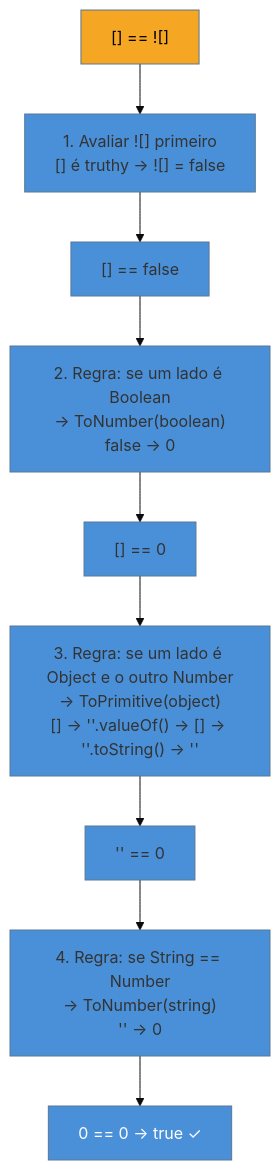
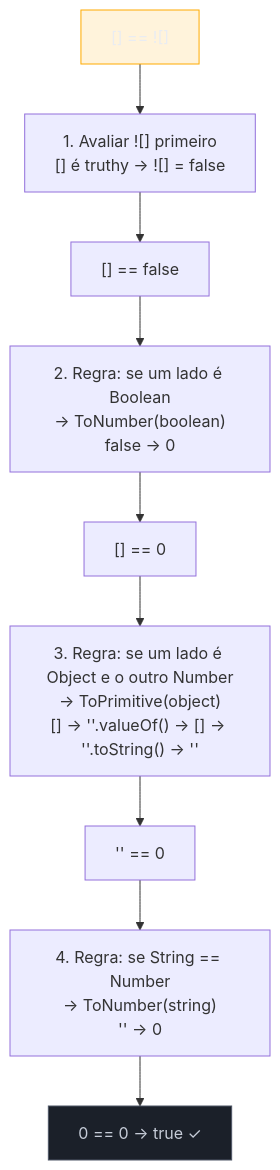
Before and after one commit to josenaldo/codex-technomanticus: the third of 5 diagrams in 03-Dominios/Tecnologia/JavaScript/25 - Armadilhas e quirks.md, drawn with Mermaid. The commit also changed other lines of this file and 1181 other files, not shown here.

First line of the commit message:
fix(diagramas): paleta do sistema no lugar de cor cravada no markdown

````diff
--- a/03-Dominios/Tecnologia/JavaScript/25 - Armadilhas e quirks.md
+++ b/03-Dominios/Tecnologia/JavaScript/25 - Armadilhas e quirks.md
@@ -248,14 +250,15 @@
 ```mermaid
-%%{init: {"theme": "base", "themeVariables": {"primaryColor": "#4A90D9"}}}%%
 flowchart TD
+    classDef destaque fill:#FFAA0024,stroke:#FFAA00,color:#E9ECF2
+    classDef neutro fill:#1B2029,stroke:#4E5666,color:#C6CCD8
     A["[] == ![]"] --> B["1. Avaliar ![] primeiro\n[] é truthy → ![] = false"]
     B --> C["[] == false"]
     C --> D["2. Regra: se um lado é Boolean\n→ ToNumber(boolean)\nfalse → 0"]
     D --> E["[] == 0"]
     E --> F["3. Regra: se um lado é Object e o outro Number\n→ ToPrimitive(object)\n[] → ''.valueOf() → [] → ''.toString() → ''"]
     F --> G["'' == 0"]
     G --> H["4. Regra: se String == Number\n→ ToNumber(string)\n'' → 0"]
     H --> I["0 == 0 → true ✓"]
-    style A fill:#F5A623,color:#000
-    style I fill:#4A90D9,color:#fff
+    class A destaque
+    class I neutro
 ```
````
